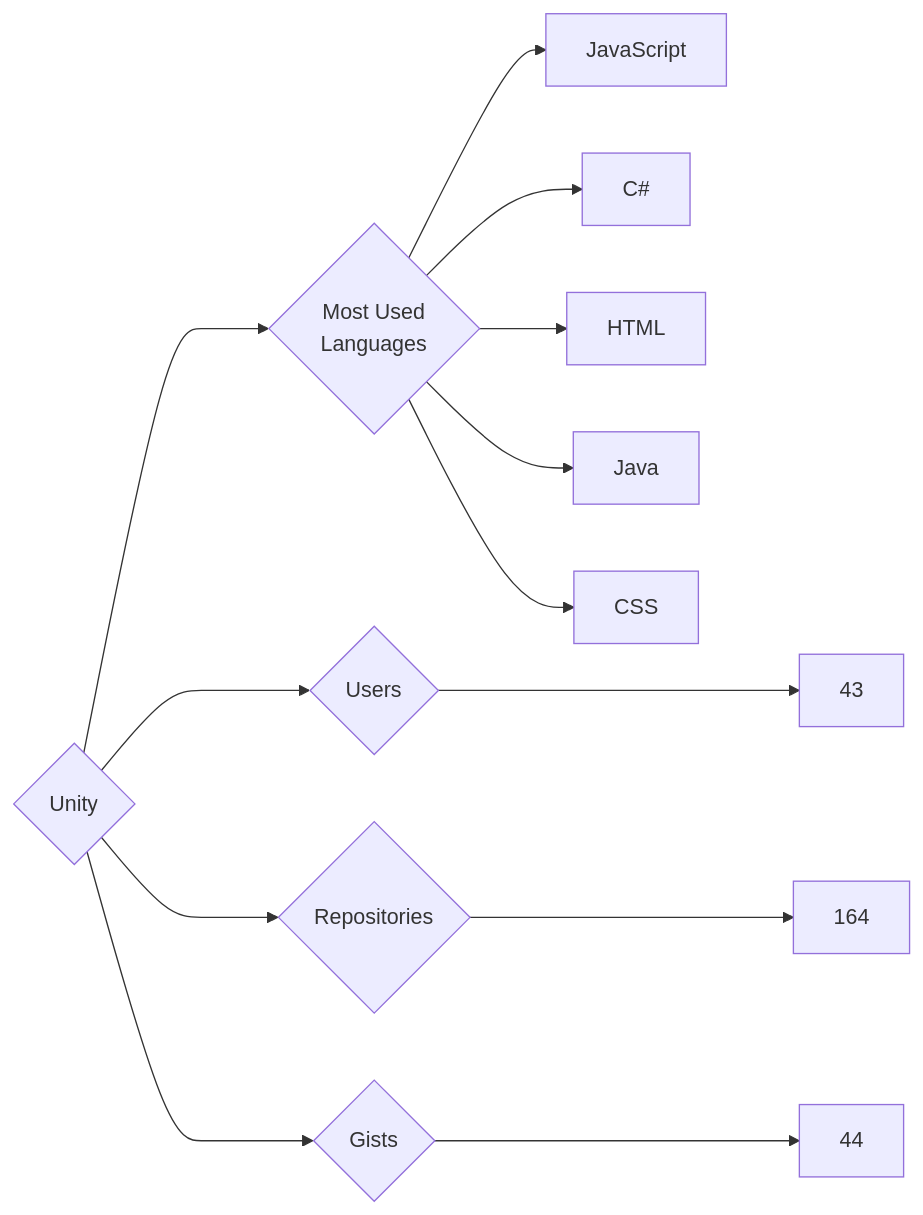
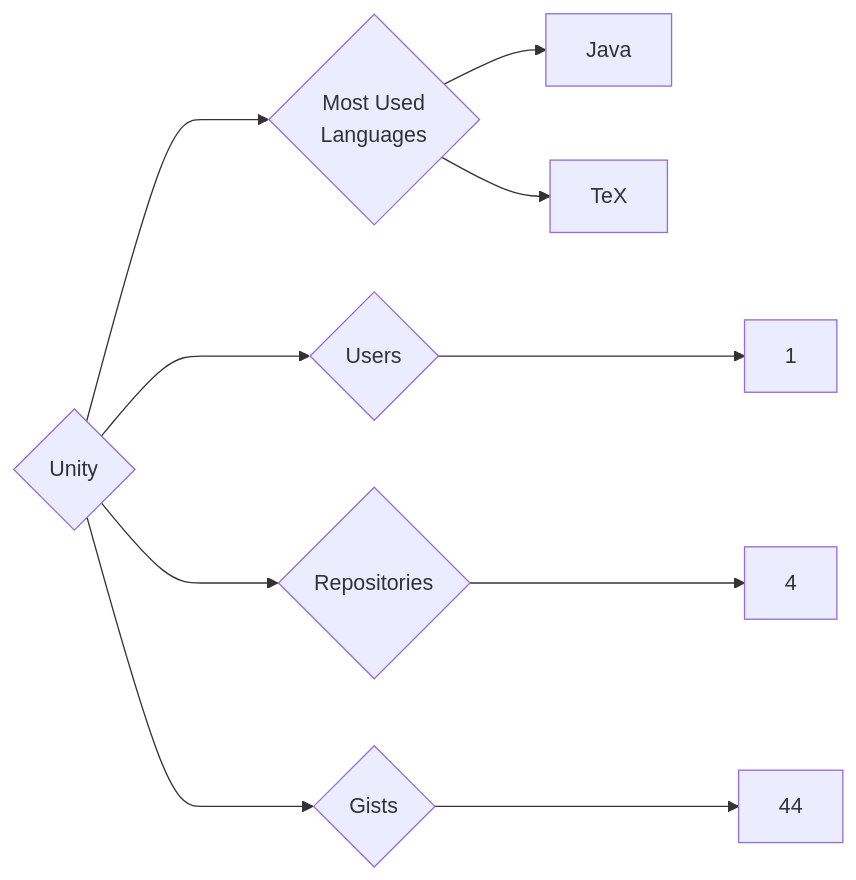
One commit to trickest/insiders changed the diagram in targets/Unity/README.md. Above: the diagram before and after it, drawn with Mermaid. The commit also changed 870 other files, not shown here.

````diff
--- a/targets/Unity/README.md
+++ b/targets/Unity/README.md
@@ -3,13 +3,10 @@
 ```mermaid
 graph LR
 COMPANY_NAME{Unity}
-COMPANY_NAME ---> U{Users} ---> UN[43]
-COMPANY_NAME ---> R{Repositories} ---> RN[164]
+COMPANY_NAME ---> U{Users} ---> UN[1]
+COMPANY_NAME ---> R{Repositories} ---> RN[4]
 COMPANY_NAME ---> G{Gists} ---> GN[44]
 COMPANY_NAME ---> ML{Most Used<br>Languages}
-ML --> JavaScript[JavaScript]
-ML --> C#[C#]
-ML --> HTML[HTML]
 ML --> Java[Java]
-ML --> CSS[CSS]
+ML --> TeX[TeX]
 ```
````
